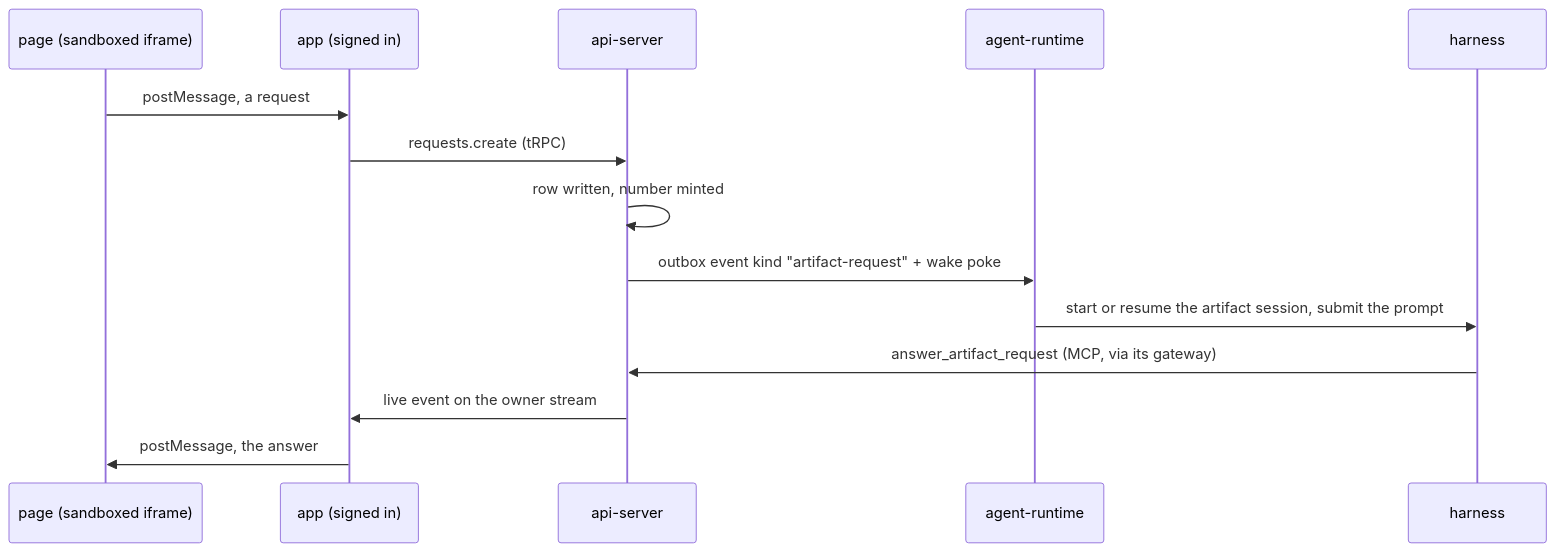
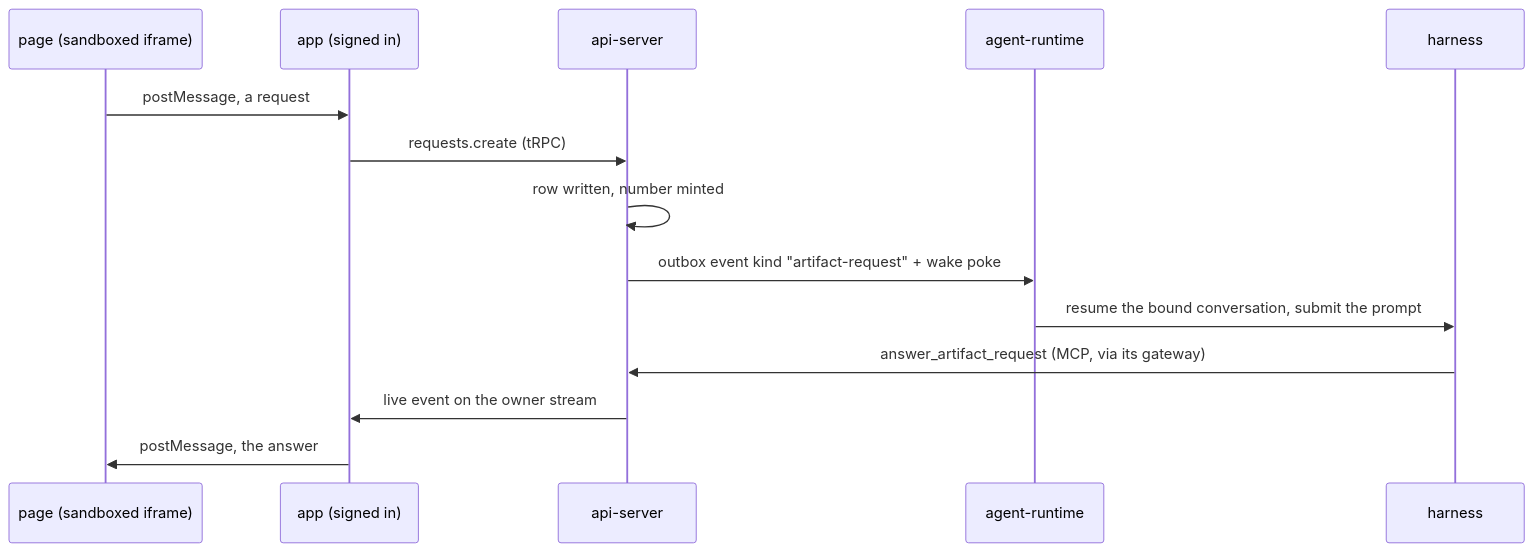
The diagram in docs/plan/2887-interactive-artifacts/README.md (dam-agents/dam), drawn with Mermaid before and after one commit. The commit also changed other lines of this file and 53 other files, not shown here.

````diff
--- a/docs/plan/2887-interactive-artifacts/README.md
+++ b/docs/plan/2887-interactive-artifacts/README.md
@@ -46,17 +47,17 @@
 ```mermaid
 sequenceDiagram
   participant P as page (sandboxed iframe)
   participant A as app (signed in)
   participant S as api-server
   participant R as agent-runtime
   participant H as harness
 
   P->>A: postMessage, a request
   A->>S: requests.create (tRPC)
   S->>S: row written, number minted
   S->>R: outbox event kind "artifact-request" + wake poke
-  R->>H: start or resume the artifact session, submit the prompt
+  R->>H: resume the bound conversation, submit the prompt
   H->>S: answer_artifact_request (MCP, via its gateway)
   S->>A: live event on the owner stream
   A->>P: postMessage, the answer
 ```
````
